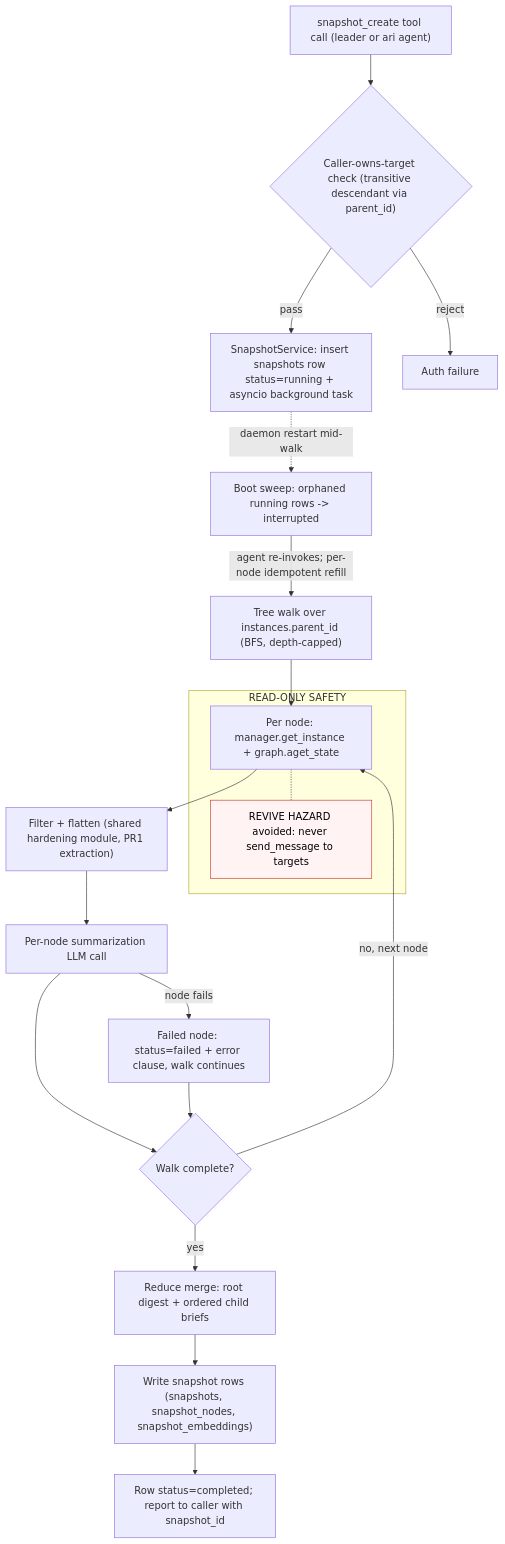
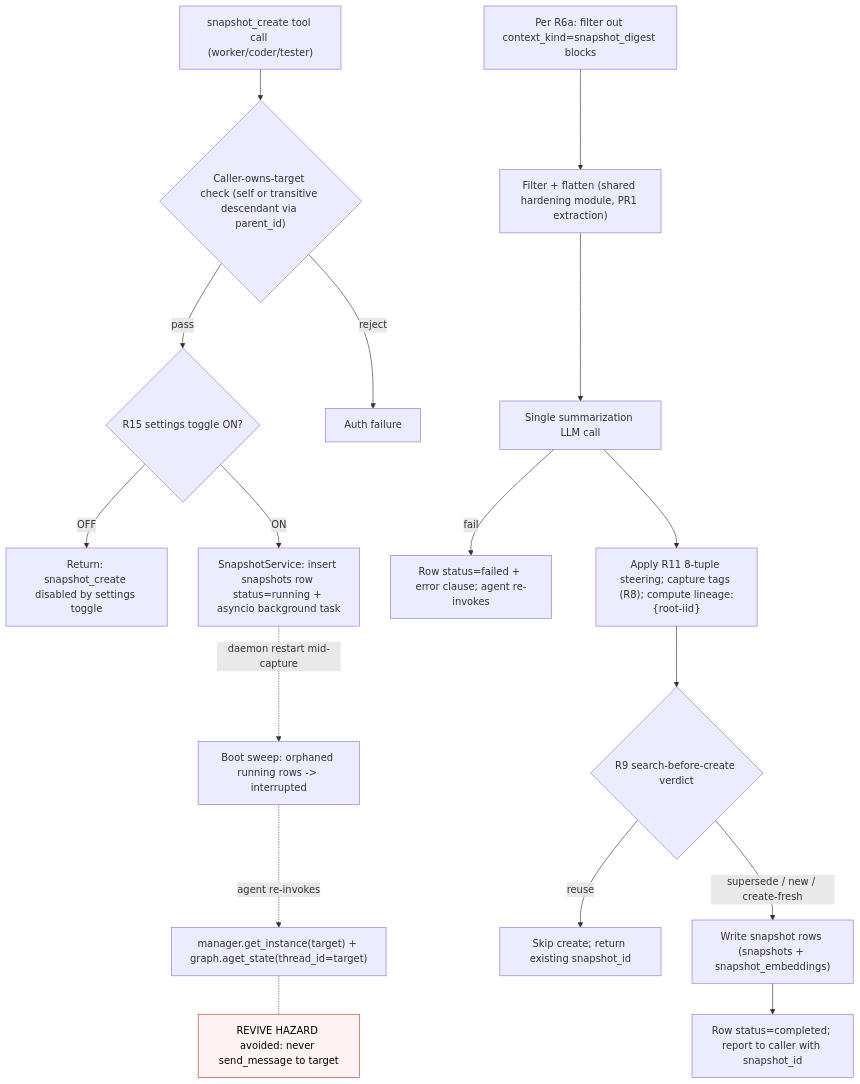
One commit to disillusioners/ensemble changed the first of 3 diagrams in .agents/shared/planning/agent-snapshot/design-exploration.md. Above: the diagram before and after it, drawn with Mermaid. The commit also changed other lines of this file and 2 other files, not shown here.

Commit message:
docs(plan): agent-snapshot Rev 5 — v1 ratification fold-in (per-instance pivot, tags, spawn_hot_instance, R6-R16)

````diff
--- a/.agents/shared/planning/agent-snapshot/design-exploration.md
+++ b/.agents/shared/planning/agent-snapshot/design-exploration.md
@@ -154,35 +189,30 @@
 ```mermaid
 flowchart TD
     %% Entry — daemon/tools/snapshot_tools.py
-    T1["snapshot_create tool call (leader or ari agent)"] --> A1{"Caller-owns-target check (transitive descendant via parent_id)"}
+    T1["snapshot_create tool call (worker/coder/tester)"] --> A1{"Caller-owns-target check (self or transitive descendant via parent_id)"}
+    %% Settings toggle gate — R15 (default OFF)
+    A1 -->|"pass"| R15{"R15 settings toggle ON?"}
+    A1 -->|"reject"| X1["Auth failure"]
+    R15 -->|"OFF"| R15X["Return: snapshot_create disabled by settings toggle"]
+    R15 -->|"ON"| Q1["SnapshotService: insert snapshots row status=running + asyncio background task"]
+    Q1 -.->|"daemon restart mid-capture"| R1["Boot sweep: orphaned running rows -> interrupted"]
+    R1 -.->|"agent re-invokes"| T2
 
-    %% Trigger — row-ledger lane (developer ruling D3: no JobItem in v1)
-    A1 -->|"pass"| Q1["SnapshotService: insert snapshots row status=running + asyncio background task"]
-    A1 -->|"reject"| X1["Auth failure"]
-    Q1 -.->|"daemon restart mid-walk"| R1["Boot sweep: orphaned running rows -> interrupted"]
-    R1 -->|"agent re-invokes; per-node idempotent refill"| T2
-
-    %% Executor — BFS via get_tree_ids_permanent (repositories/instance/repository.py:527)
-    T2["Tree walk over instances.parent_id (BFS, depth-capped)"] --> S1
-
-    subgraph SAFE["READ-ONLY SAFETY"]
-        S1["Per node: manager.get_instance + graph.aget_state"]
-        H1["REVIVE HAZARD avoided: never send_message to targets"]
-        S1 -.- H1
-    end
-
-    %% Hardening helpers: _is_injected_message, _has_context_kind, _extract_text_from_content
+    %% Single-instance read — Rev 5 P1 (no tree walk)
+    T2["manager.get_instance(target) + graph.aget_state(thread_id=target)"]
+    S1["Per R6a: filter out context_kind=snapshot_digest blocks"]
+    H1["REVIVE HAZARD avoided: never send_message to target"]
+    T2 -.- H1
     S1 --> F1["Filter + flatten (shared hardening module, PR1 extraction)"]
     %% _call_summarization_llm (compaction.py:3325) — prompt as arg, persona parametrized, SNAPSHOT_MODEL chain
-    F1 --> L1["Per-node summarization LLM call"]
-    L1 -->|"node fails"| E1["Failed node: status=failed + error clause, walk continues"]
-    L1 --> M1{"Walk complete?"}
-    E1 --> M1
-    M1 -->|"no, next node"| S1
-    M1 -->|"yes"| G1["Reduce merge: root digest + ordered child briefs"]
-    G1 --> W1["Write snapshot rows (snapshots, snapshot_nodes, snapshot_embeddings)"]
-    W1 --> D1["Row status=completed; report to caller with snapshot_id"]
+    F1 --> L1["Single summarization LLM call"]
+    L1 -->|"fail"| E1["Row status=failed + error clause; agent re-invokes"]
+    L1 --> M1["Apply R11 8-tuple steering; capture tags (R8); compute lineage:{root-iid}"]
+    M1 --> W1{"R9 search-before-create verdict"}
+    W1 -->|"reuse"| W1R["Skip create; return existing snapshot_id"]
+    W1 -->|"supersede / new / create-fresh"| W1C["Write snapshot rows (snapshots + snapshot_embeddings)"]
+    W1C --> D1["Row status=completed; report to caller with snapshot_id"]
 
     classDef hazard fill:#fff3f3,stroke:#c0392b,color:#000000
     class H1 hazard
 ```
````
